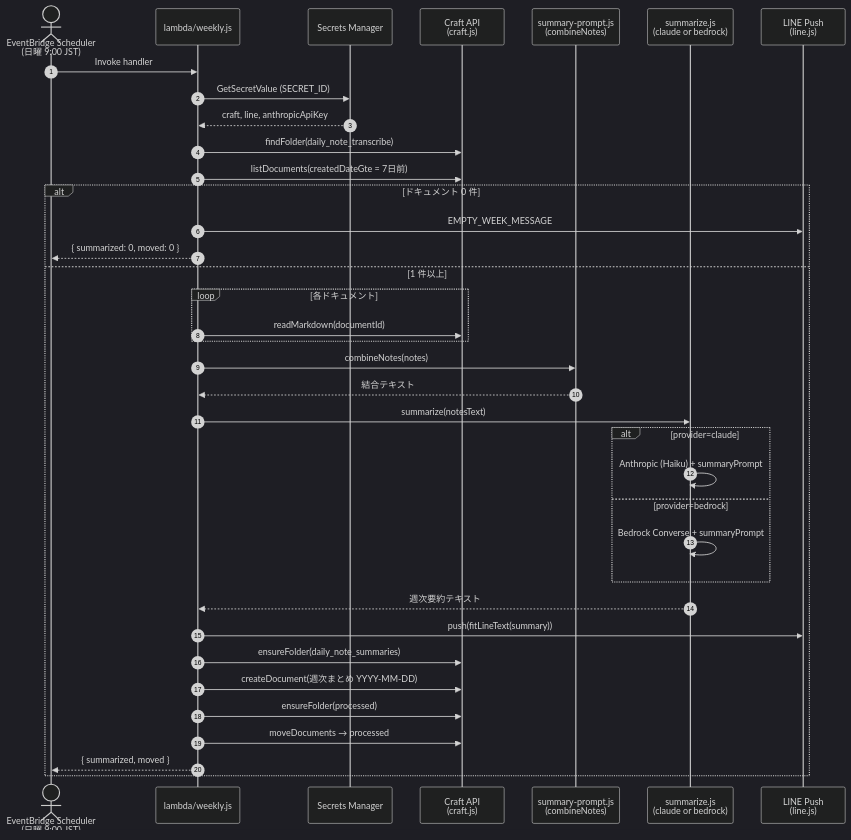
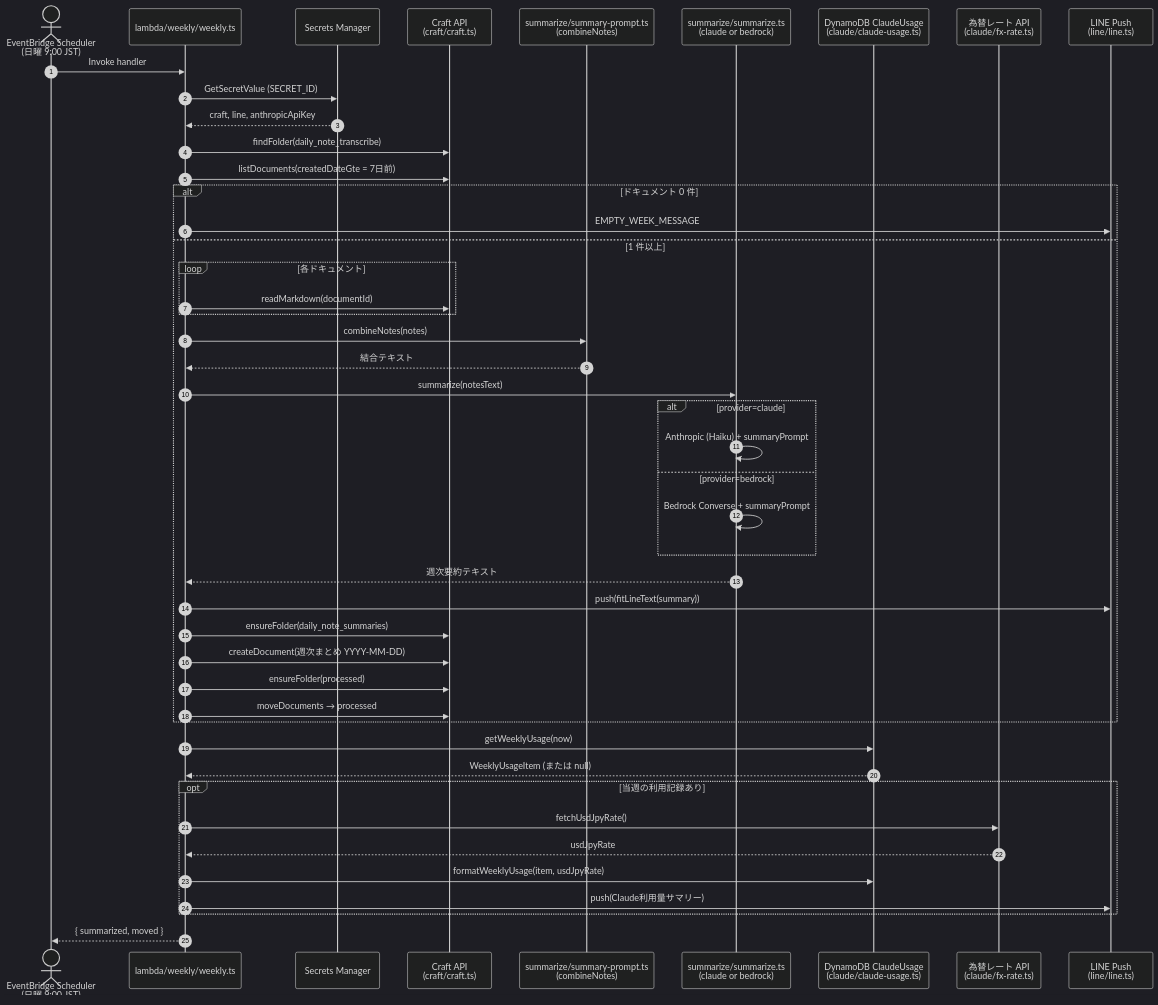
Before and after one commit to suzy1031/transcribe-save-to-notes-app: the second of 5 diagrams in specifications/request-sequence.md, drawn with Mermaid (dark theme). The commit also changed other lines of this file and 3 other files, not shown here.

Commit message:
docs: specifications/ 配下の設計書・シーケンス図を TypeScript・Bun 移行後の構成に更新する

````diff
--- a/specifications/request-sequence.md
+++ b/specifications/request-sequence.md
@@ -88,42 +88,52 @@
 ```mermaid
 sequenceDiagram
     autonumber
     actor Scheduler as EventBridge Scheduler<br/>(日曜 9:00 JST)
-    participant Weekly as lambda/weekly.js
+    participant Weekly as lambda/weekly/weekly.ts
     participant SM as Secrets Manager
-    participant Craft as Craft API<br/>(craft.js)
-    participant Prompt as summary-prompt.js<br/>(combineNotes)
-    participant Summarize as summarize.js<br/>(claude or bedrock)
-    participant Line as LINE Push<br/>(line.js)
+    participant Craft as Craft API<br/>(craft/craft.ts)
+    participant Prompt as summarize/summary-prompt.ts<br/>(combineNotes)
+    participant Summarize as summarize/summarize.ts<br/>(claude or bedrock)
+    participant Usage as DynamoDB ClaudeUsage<br/>(claude/claude-usage.ts)
+    participant Fx as 為替レート API<br/>(claude/fx-rate.ts)
+    participant Line as LINE Push<br/>(line/line.ts)
 
     Scheduler->>Weekly: Invoke handler
     Weekly->>SM: GetSecretValue (SECRET_ID)
     SM-->>Weekly: craft, line, anthropicApiKey
 
     Weekly->>Craft: findFolder(daily_note_transcribe)
     Weekly->>Craft: listDocuments(createdDateGte = 7日前)
 
     alt ドキュメント 0 件
         Weekly->>Line: EMPTY_WEEK_MESSAGE
-        Weekly-->>Scheduler: { summarized: 0, moved: 0 }
     else 1 件以上
         loop 各ドキュメント
             Weekly->>Craft: readMarkdown(documentId)
         end
         Weekly->>Prompt: combineNotes(notes)
         Prompt-->>Weekly: 結合テキスト
         Weekly->>Summarize: summarize(notesText)
         alt provider=claude
             Summarize->>Summarize: Anthropic (Haiku) + summaryPrompt
         else provider=bedrock
             Summarize->>Summarize: Bedrock Converse + summaryPrompt
         end
         Summarize-->>Weekly: 週次要約テキスト
         Weekly->>Line: push(fitLineText(summary))
         Weekly->>Craft: ensureFolder(daily_note_summaries)
         Weekly->>Craft: createDocument(週次まとめ YYYY-MM-DD)
         Weekly->>Craft: ensureFolder(processed)
         Weekly->>Craft: moveDocuments → processed
-        Weekly-->>Scheduler: { summarized, moved }
     end
+
+    Weekly->>Usage: getWeeklyUsage(now)
+    Usage-->>Weekly: WeeklyUsageItem (または null)
+    opt 当週の利用記録あり
+        Weekly->>Fx: fetchUsdJpyRate()
+        Fx-->>Weekly: usdJpyRate
+        Weekly->>Usage: formatWeeklyUsage(item, usdJpyRate)
+        Weekly->>Line: push(Claude利用量サマリー)
+    end
+    Weekly-->>Scheduler: { summarized, moved }
 ```
````
